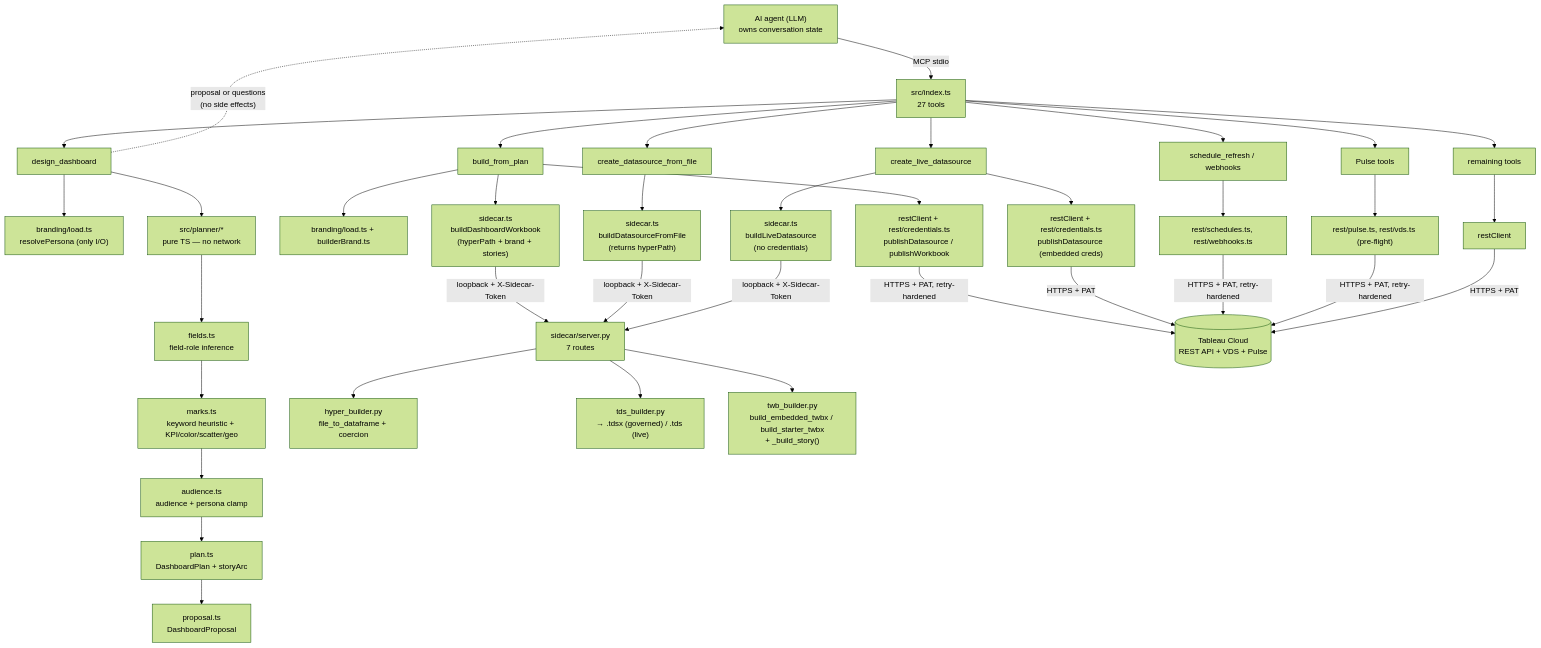
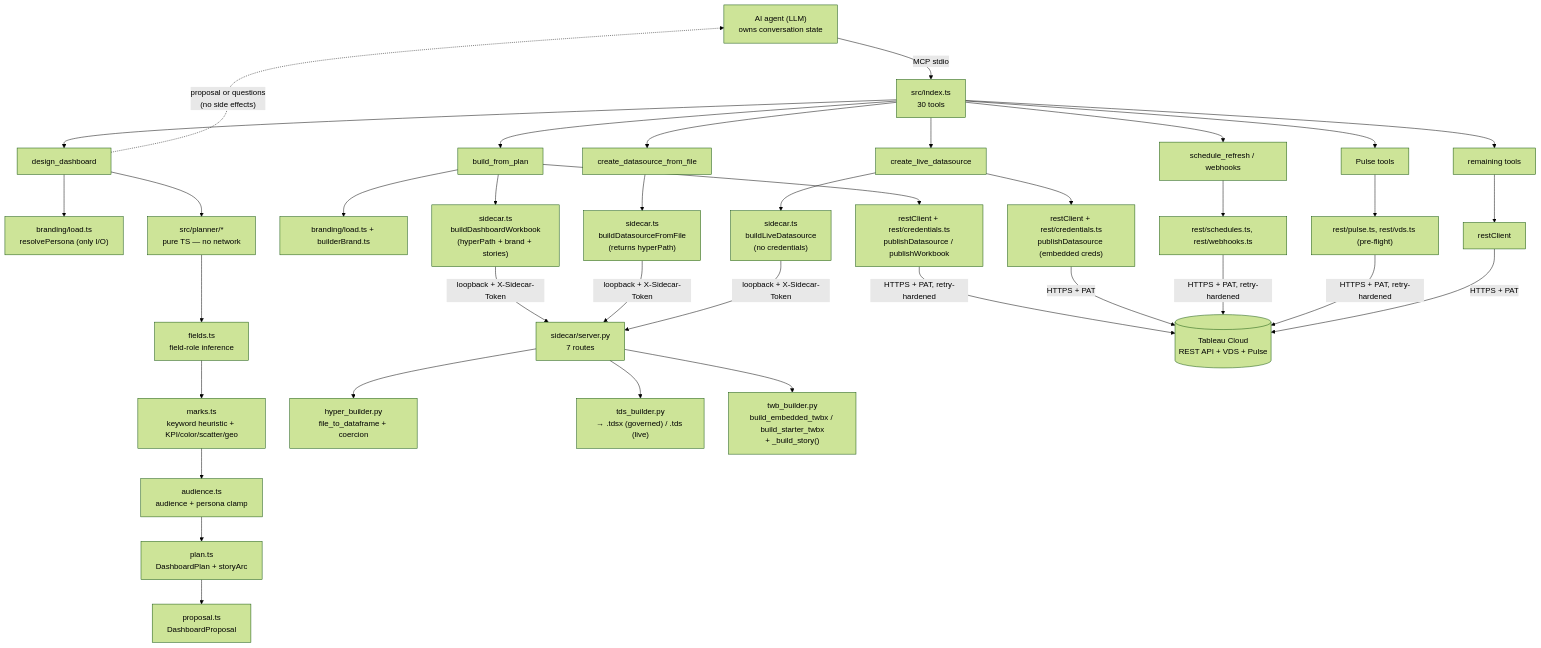
One commit to SebAustin/tableau-mcp-publish changed the diagram in docs/architecture.md. Above: the diagram before and after it, drawn with Mermaid (forest theme). The commit also changed other lines of this file and 21 other files, not shown here.

Commit message:
feat(design): assimilate remaining external-skill-suite skills (N-phase) — critique_dashboard (deterministic VizCritique-lite), generate_metric_dictionary, scan_governance (27→30 tools), sign-based delta color (VERIFY-LIVE), interactive architecture app + ADR-0015

````diff
--- a/docs/architecture.md
+++ b/docs/architecture.md
@@ -303,44 +303,44 @@
 ```mermaid
 flowchart TD
-    Agent["AI agent (LLM)\nowns conversation state"] -- "MCP stdio" --> Index["src/index.ts\n27 tools"]
+    Agent["AI agent (LLM)\nowns conversation state"] -- "MCP stdio" --> Index["src/index.ts\n30 tools"]
 
     Index --> CDF["create_datasource_from_file"]
     Index --> CLD["create_live_datasource"]
     Index --> DD["design_dashboard"]
     Index --> BFP["build_from_plan"]
     Index --> SCH["schedule_refresh / webhooks"]
     Index --> PUL["Pulse tools"]
     Index --> Other["remaining tools"]
 
     DD --> Brand1["branding/load.ts\nresolvePersona (only I/O)"]
     DD --> Planner["src/planner/*\npure TS — no network"]
     Planner --> Fields["fields.ts\nfield-role inference"]
     Fields --> Marks["marks.ts\nkeyword heuristic + KPI/color/scatter/geo"]
     Marks --> Audience["audience.ts\naudience + persona clamp"]
     Audience --> Plan["plan.ts\nDashboardPlan + storyArc"]
     Plan --> Proposal["proposal.ts\nDashboardProposal"]
     DD -. "proposal or questions\n(no side effects)" .-> Agent
 
     BFP --> Brand2["branding/load.ts + builderBrand.ts"]
     BFP --> SC["sidecar.ts\nbuildDashboardWorkbook\n(hyperPath + brand + stories)"]
     CDF --> SC2["sidecar.ts\nbuildDatasourceFromFile\n(returns hyperPath)"]
     CLD --> SC3["sidecar.ts\nbuildLiveDatasource\n(no credentials)"]
     SC  -- "loopback + X-Sidecar-Token" --> Server["sidecar/server.py\n7 routes"]
     SC2 -- "loopback + X-Sidecar-Token" --> Server
     SC3 -- "loopback + X-Sidecar-Token" --> Server
 
     Server --> Hyper["hyper_builder.py\nfile_to_dataframe + coercion"]
     Server --> Tds["tds_builder.py\n→ .tdsx (governed) / .tds (live)"]
     Server --> Twb["twb_builder.py\nbuild_embedded_twbx / build_starter_twbx\n+ _build_story()"]
 
     BFP  --> Rest1["restClient + rest/credentials.ts\npublishDatasource / publishWorkbook"]
     CLD  --> Rest4["restClient + rest/credentials.ts\npublishDatasource (embedded creds)"]
     SCH  --> Rest5["rest/schedules.ts, rest/webhooks.ts"]
     PUL  --> Rest6["rest/pulse.ts, rest/vds.ts (pre-flight)"]
     Other --> Rest3["restClient"]
     Rest1 -- "HTTPS + PAT, retry-hardened" --> Cloud[("Tableau Cloud\nREST API + VDS + Pulse")]
     Rest4 -- "HTTPS + PAT" --> Cloud
     Rest5 -- "HTTPS + PAT, retry-hardened" --> Cloud
     Rest6 -- "HTTPS + PAT, retry-hardened" --> Cloud
     Rest3 -- "HTTPS + PAT" --> Cloud
 ```
````
